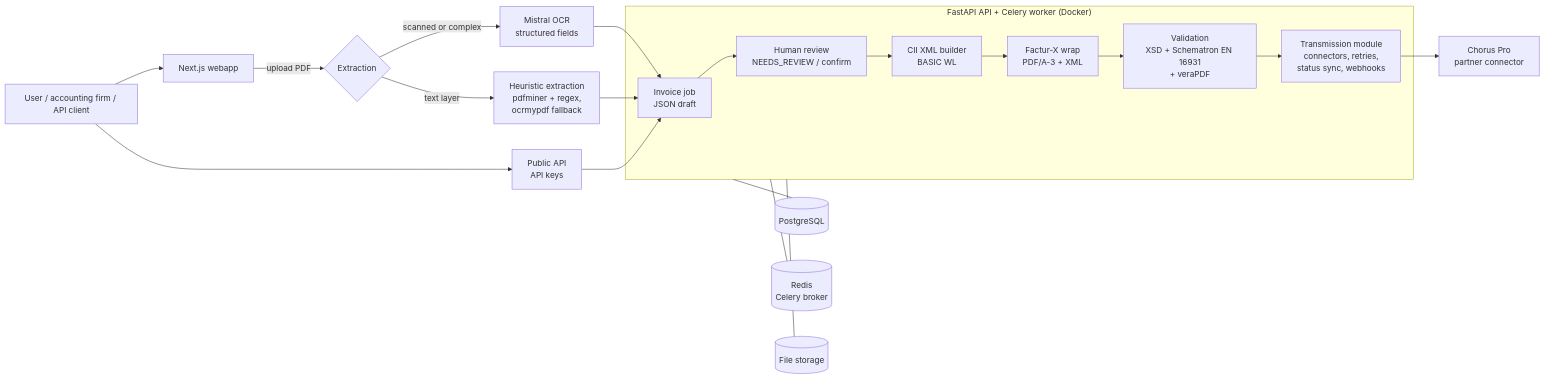
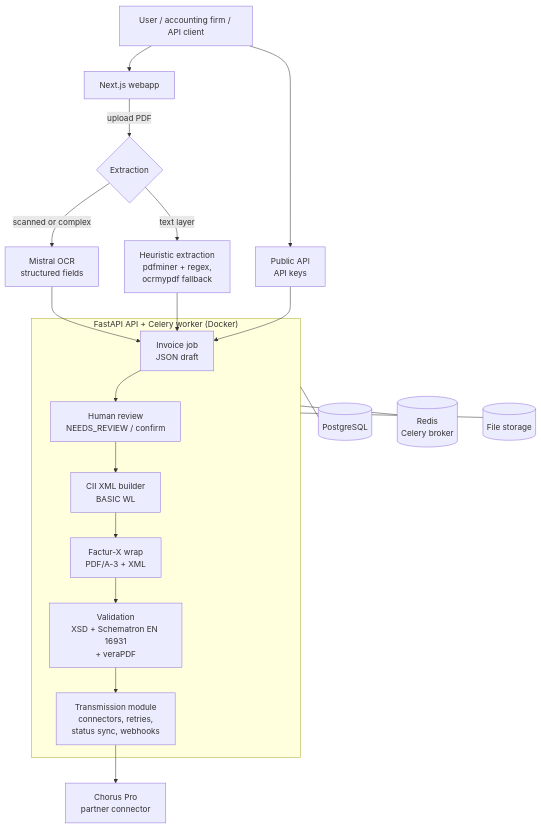
Before and after one commit to rayansekkatkr/pont-facturx-case-study: the diagram in README.md, drawn with Mermaid.

Commit message:
Switch diagram to top-down layout

````diff
--- a/README.md
+++ b/README.md
@@ -29,32 +29,32 @@
 ```mermaid
-flowchart LR
+flowchart TB
     U[User / accounting firm / API client] --> WEB[Next.js webapp]
     U --> APIK[Public API<br/>API keys]
 
     WEB -->|"upload PDF"| EXT{Extraction}
     EXT -->|"scanned or complex"| MIS[Mistral OCR<br/>structured fields]
     EXT -->|"text layer"| HEU[Heuristic extraction<br/>pdfminer + regex,<br/>ocrmypdf fallback]
 
     subgraph Backend["FastAPI API + Celery worker (Docker)"]
         JOB[Invoice job<br/>JSON draft]
         REV[Human review<br/>NEEDS_REVIEW / confirm]
         CII[CII XML builder<br/>BASIC WL]
         WRAP[Factur-X wrap<br/>PDF/A-3 + XML]
         VAL[Validation<br/>XSD + Schematron EN 16931<br/>+ veraPDF]
         TX[Transmission module<br/>connectors, retries,<br/>status sync, webhooks]
     end
 
     MIS --> JOB
     HEU --> JOB
     APIK --> JOB
     JOB --> REV --> CII --> WRAP --> VAL
     VAL --> TX
     TX --> CP[Chorus Pro<br/>partner connector]
 
     PG[(PostgreSQL)]
     R[(Redis<br/>Celery broker)]
     ST[(File storage)]
     Backend --- PG
     Backend --- R
     Backend --- ST
 ```
````
